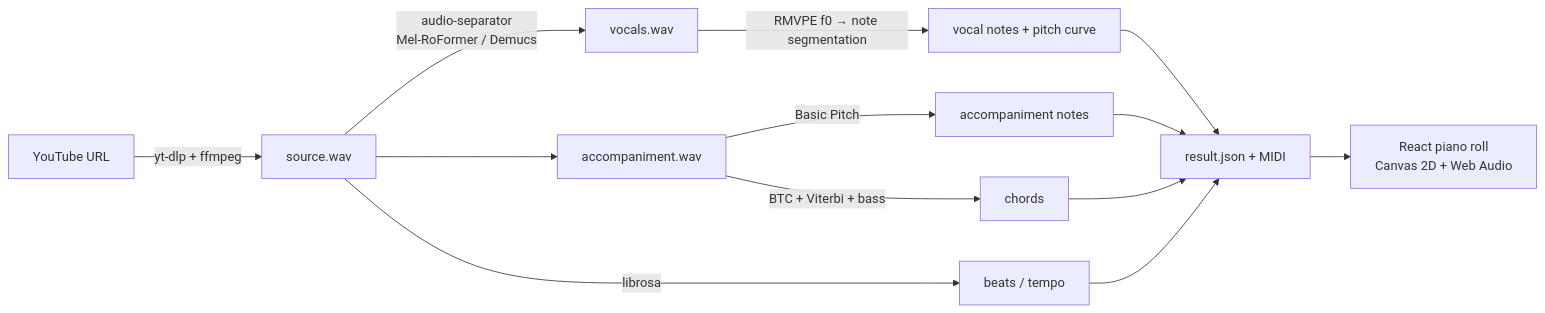
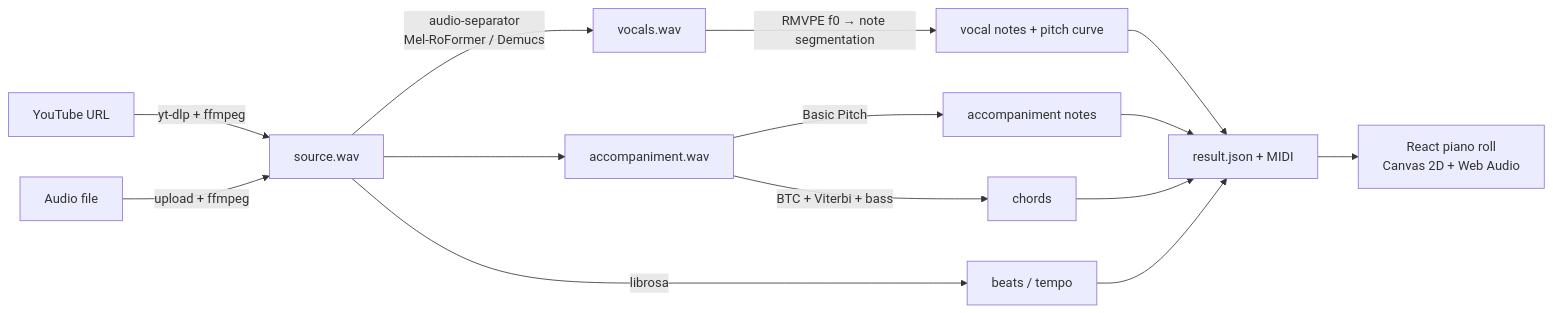
The diagram in README.md (Devleu0/Melody-Chord-Transcriber), drawn with Mermaid before and after one commit. The commit also changed other lines of this file and 16 other files, not shown here.

````diff
--- a/README.md
+++ b/README.md
@@ -42,12 +43,13 @@
 ```mermaid
 flowchart LR
   A[YouTube URL] -->|yt-dlp + ffmpeg| B[source.wav]
+  U[Audio file] -->|upload + ffmpeg| B
   B -->|audio-separator<br/>Mel-RoFormer / Demucs| C[vocals.wav]
   B --> D[accompaniment.wav]
   C -->|RMVPE f0 → note segmentation| E[vocal notes + pitch curve]
   D -->|Basic Pitch| F[accompaniment notes]
   D -->|BTC + Viterbi + bass| G[chords]
   B -->|librosa| H[beats / tempo]
   E & F & G & H --> I[result.json + MIDI]
   I --> J[React piano roll<br/>Canvas 2D + Web Audio]
 ```
````
